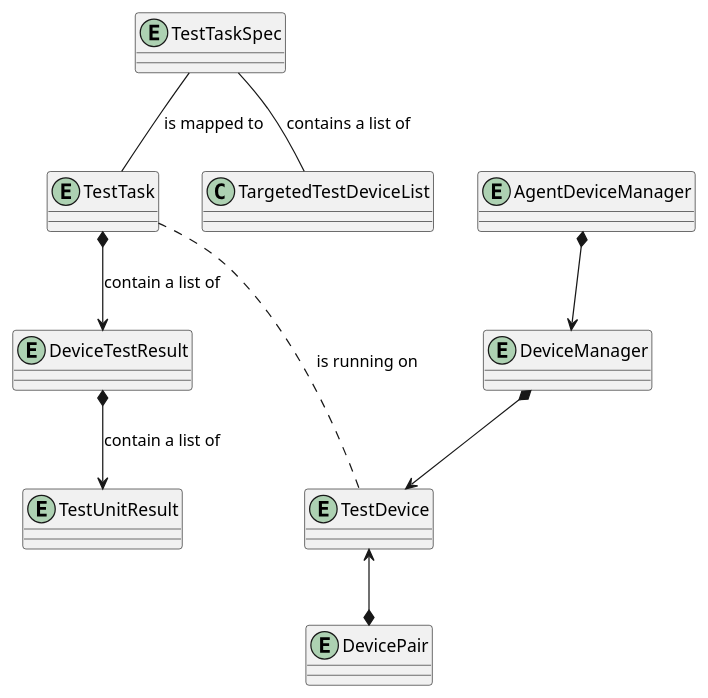
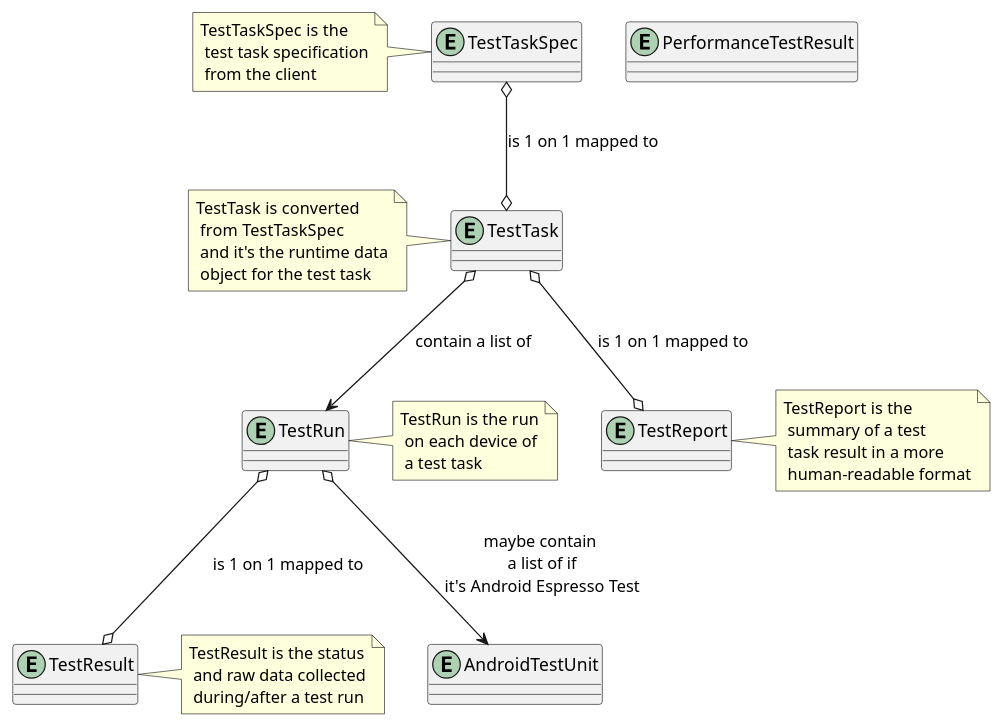
One commit to microsoft/HydraLab changed the sixth of 6 diagrams in agent/doc/UML/test_runner_design.puml. Above: the diagram before and after it, drawn with PlantUML. The commit also changed other lines of this file and 3 other files, not shown here.

Commit message:
add new design diagram for test entities

```diff
--- a/agent/doc/UML/test_runner_design.puml
+++ b/agent/doc/UML/test_runner_design.puml
@@ -203,23 +190,21 @@
-@startuml test_object_relationships
+@startuml test_entities_relationship
 
 entity (TestTaskSpec)
+note left of TestTaskSpec: TestTaskSpec is the\n test task specification\n from the client
 entity (TestTask)
-entity (DeviceTestResult)
-entity (TestUnitResult)
-entity (AgentDeviceManager)
-entity (DeviceManager)
-entity (TestDevice)
-entity (DevicePair)
+note left of TestTask: TestTask is converted\n from TestTaskSpec\n and it's the runtime data\n object for the test task
+entity (TestRun)
+note right of TestRun: TestRun is the run\n on each device of\n a test task
+entity (TestResult)
+note right of TestResult: TestResult is the status\n and raw data collected\n during/after a test run
+entity (TestReport)
+note right of TestReport: TestReport is the\n summary of a test\n task result in a more\n human-readable format
+entity (AndroidTestUnit)
+entity (PerformanceTestResult)
 
-AgentDeviceManager *--> DeviceManager
-DeviceManager *--> TestDevice
-
-DevicePair *-u-> TestDevice
-
-TestTask ... TestDevice: is running on
-
-TestTaskSpec -- TestTask: is mapped to
-TestTaskSpec -- TargetedTestDeviceList: contains a list of
-TestTask *--> DeviceTestResult: contain a list of
-DeviceTestResult *--> TestUnitResult: contain a list of
+TestTaskSpec o--o TestTask: is 1 on 1 mapped to
+TestTask o--> TestRun: contain a list of
+TestTask o--o TestReport: is 1 on 1 mapped to
+TestRun o--> AndroidTestUnit: maybe contain\n a list of if\n it's Android Espresso Test
+TestRun o--o TestResult: is 1 on 1 mapped to
 @enduml
```
